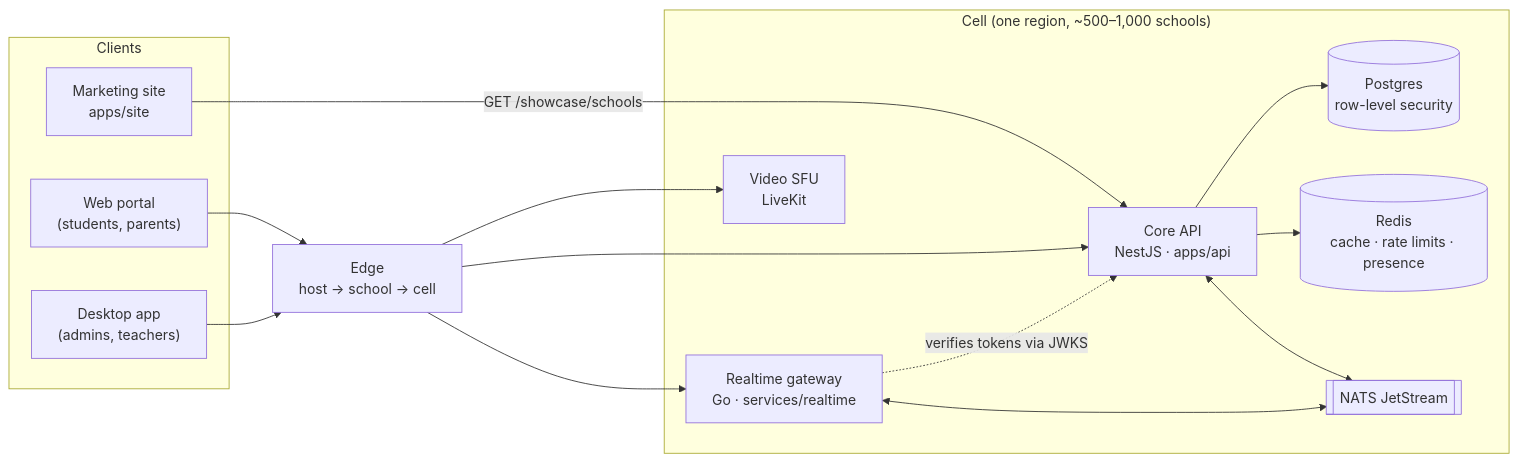
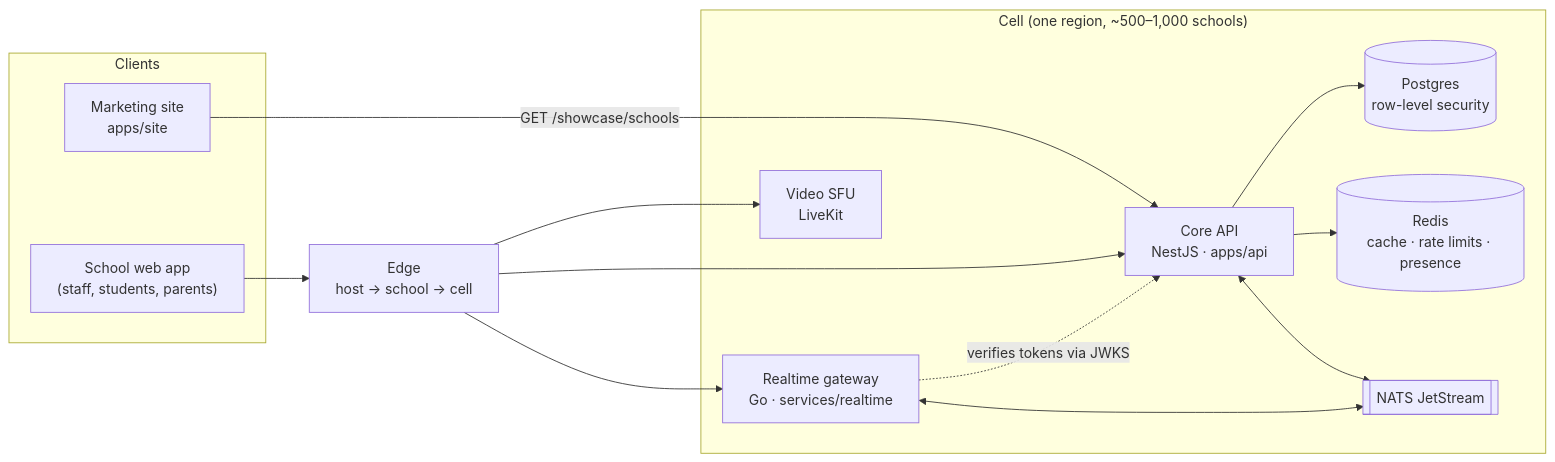
Before and after one commit to KayodeII/dopple: the diagram in README.md, drawn with Mermaid. The commit also changed other lines of this file and 8 other files, not shown here.

First line of the commit message:
Drop the desktop app: everything runs on the web

````diff
--- a/README.md
+++ b/README.md
@@ -41,31 +39,29 @@
 ```mermaid
 flowchart LR
   subgraph Clients
-    portal["Web portal<br/>(students, parents)"]
-    desktop["Desktop app<br/>(admins, teachers)"]
+    portal["School web app<br/>(staff, students, parents)"]
     site["Marketing site<br/>apps/site"]
   end
 
   edge["Edge<br/>host → school → cell"]
 
   subgraph Cell["Cell (one region, ~500–1,000 schools)"]
     api["Core API<br/>NestJS · apps/api"]
     rt["Realtime gateway<br/>Go · services/realtime"]
     sfu["Video SFU<br/>LiveKit"]
     pg[("Postgres<br/>row-level security")]
     redis[("Redis<br/>cache · rate limits · presence")]
     nats[["NATS JetStream"]]
   end
 
   portal --> edge
-  desktop --> edge
   site -- "GET /showcase/schools" --> api
   edge --> api
   edge --> rt
   edge --> sfu
   api --> pg
   api --> redis
   api <--> nats
   rt <--> nats
   rt -. "verifies tokens via JWKS" .-> api
 ```
````
